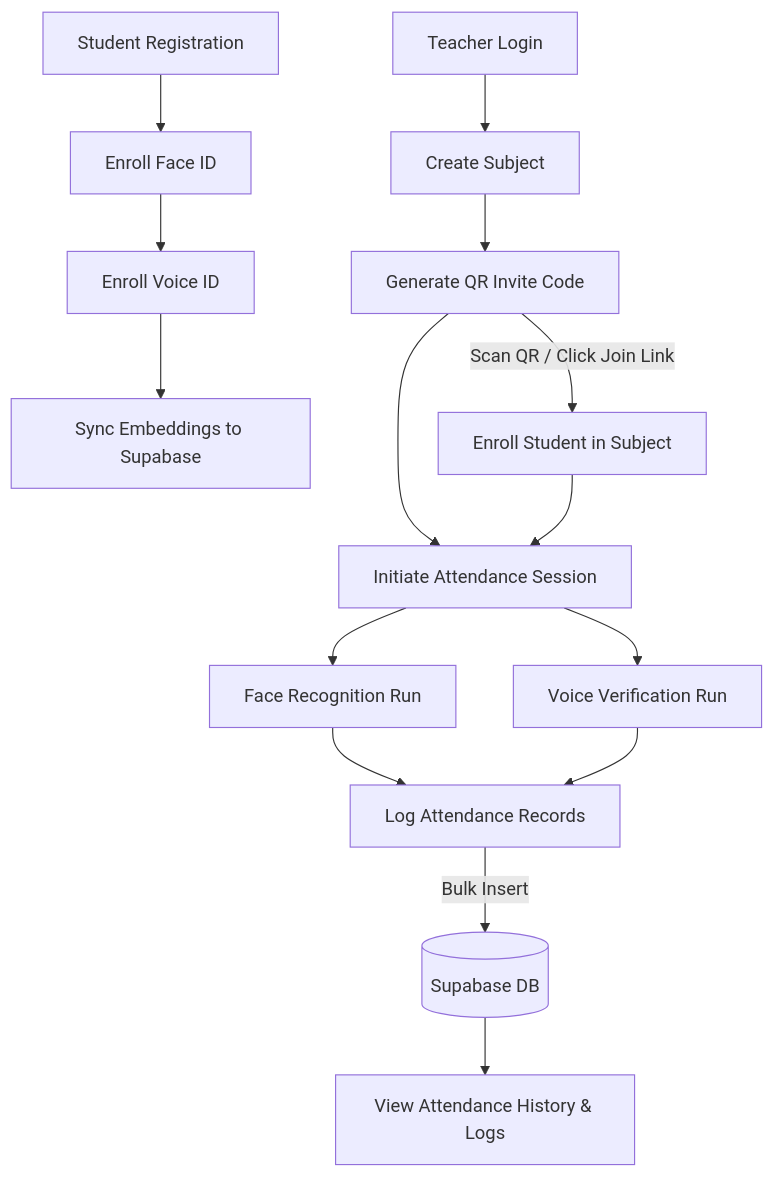
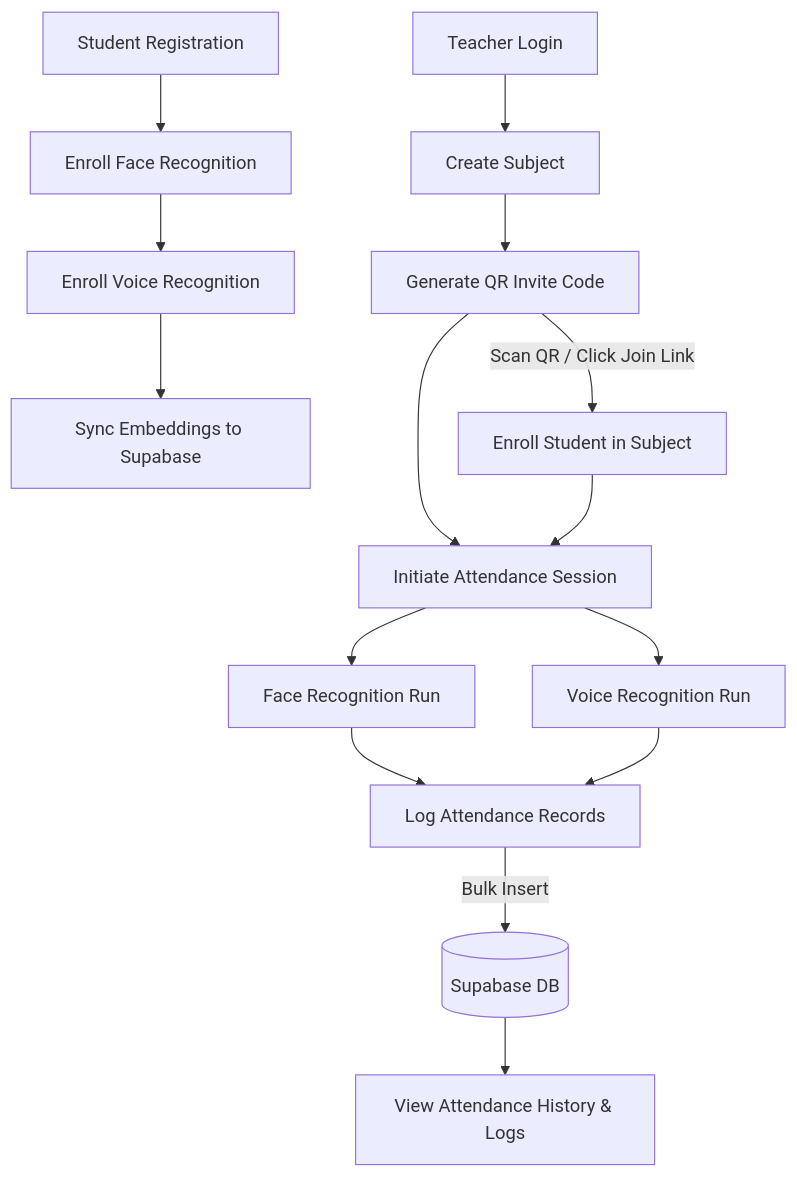
One commit to skaadil9172/AI-Attendance-System changed the third of 3 diagrams in README.md. Above: the diagram before and after it, drawn with Mermaid. The commit also changed other lines of this file, not shown here.

````diff
--- a/README.md
+++ b/README.md
@@ -242,24 +227,24 @@
 ```mermaid
 flowchart TD
     %% Teacher Flow
     T_Login[Teacher Login] --> T_Create[Create Subject]
     T_Create --> T_QR[Generate QR Invite Code]
 
     %% Student Flow
-    S_Reg[Student Registration] --> S_Face[Enroll Face ID]
-    S_Face --> S_Voice[Enroll Voice ID]
+    S_Reg[Student Registration] --> S_Face[Enroll Face Recognition]
+    S_Face --> S_Voice[Enroll Voice Recognition]
     S_Voice --> S_Save[Sync Embeddings to Supabase]
     T_QR -->|Scan QR / Click Join Link| S_Enroll[Enroll Student in Subject]
 
     %% Attendance Run Flow
     T_QR --> T_Session[Initiate Attendance Session]
     S_Enroll --> T_Session
     T_Session --> Face_Rec[Face Recognition Run]
-    T_Session --> Voice_Rec[Voice Verification Run]
+    T_Session --> Voice_Rec[Voice Recognition Run]
     
     Face_Rec --> Att_Log[Log Attendance Records]
     Voice_Rec --> Att_Log
     
     Att_Log -->|Bulk Insert| DB[(Supabase DB)]
     DB --> View_Hist[View Attendance History & Logs]
 ```
````
